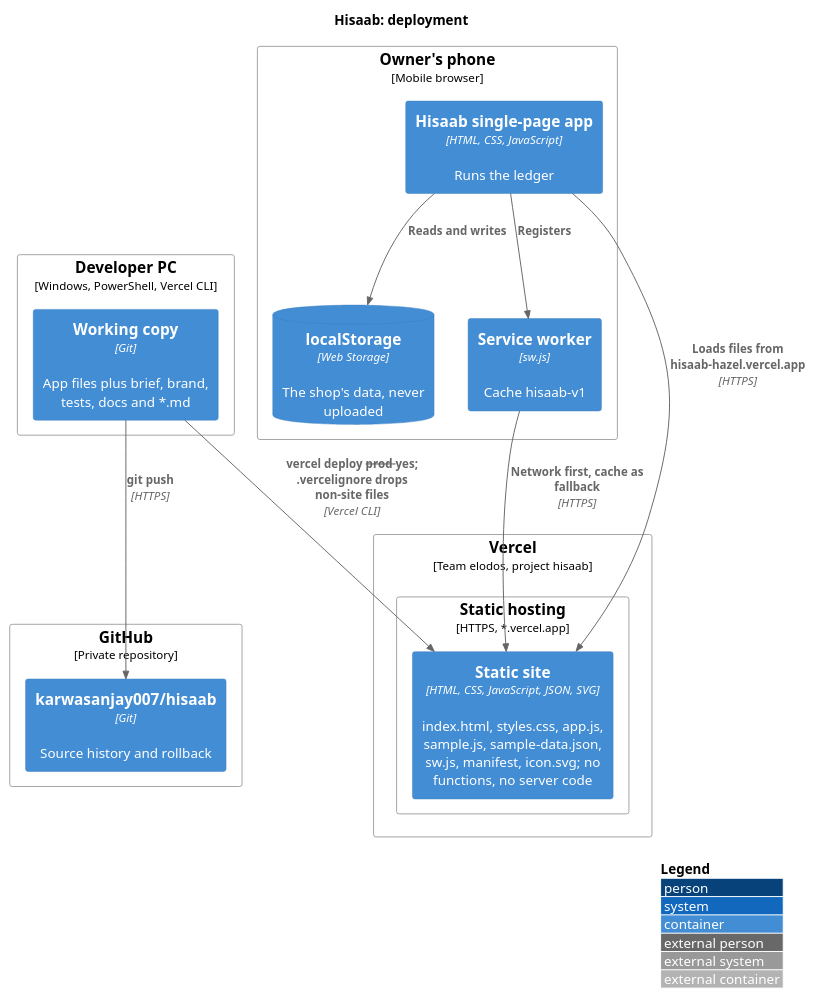
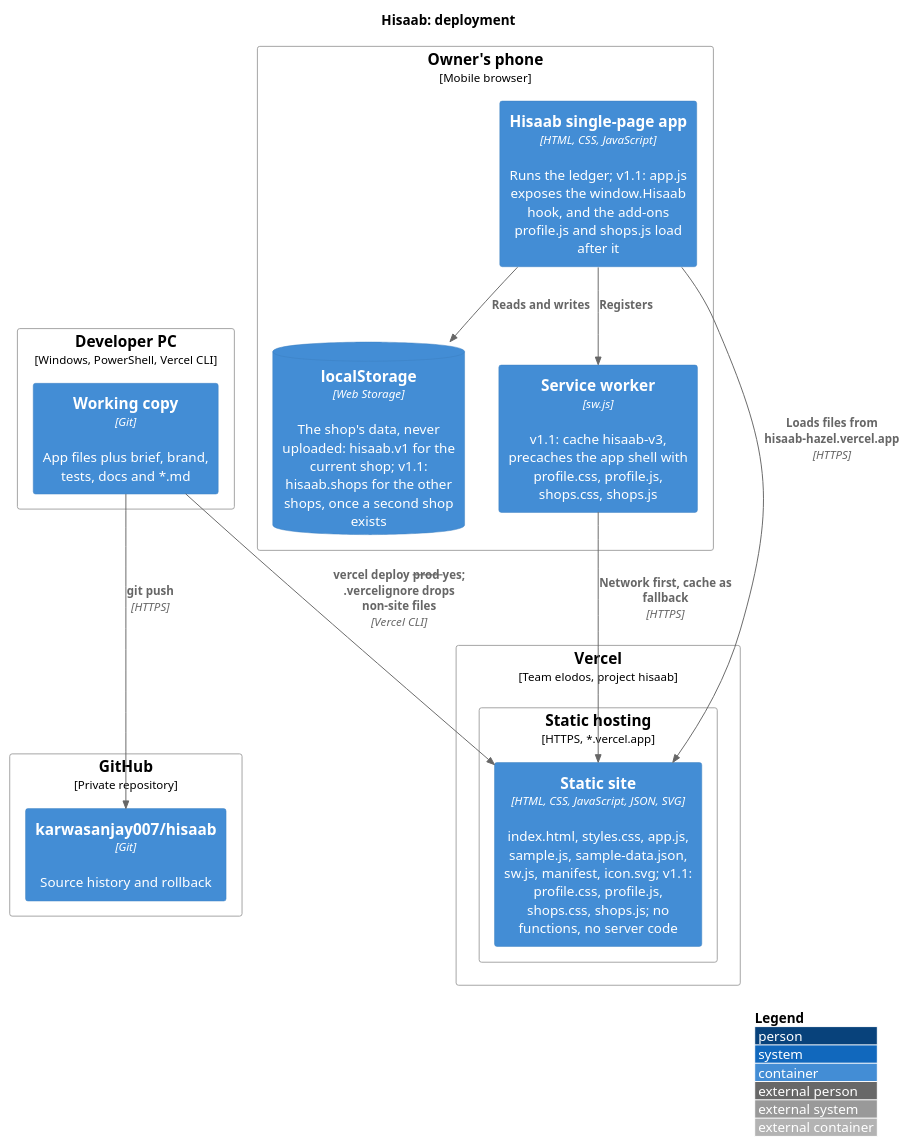
Before and after one commit to karwasanjay007/hisaab-docs: the diagram in docs/diagrams/deployment.puml, drawn with PlantUML. The commit also changed 5 other files, not shown here.

First line of the commit message:
Diagrams for version 1.1.0.0: container, component and deployment show the add-ons, the hook and the second storage key

```diff
--- a/docs/diagrams/deployment.puml
+++ b/docs/diagrams/deployment.puml
@@ -1,30 +1,30 @@
 @startuml deployment
 !include <C4/C4_Deployment>
 title Hisaab: deployment
 
 Deployment_Node(dev, "Developer PC", "Windows, PowerShell, Vercel CLI") {
   Container(src, "Working copy", "Git", "App files plus brief, brand, tests, docs and *.md")
 }
 Deployment_Node(gh, "GitHub", "Private repository") {
   Container(repo, "karwasanjay007/hisaab", "Git", "Source history and rollback")
 }
 Deployment_Node(vc, "Vercel", "Team elodos, project hisaab") {
   Deployment_Node(edge, "Static hosting", "HTTPS, *.vercel.app") {
-    Container(site, "Static site", "HTML, CSS, JavaScript, JSON, SVG", "index.html, styles.css, app.js, sample.js, sample-data.json, sw.js, manifest, icon.svg; no functions, no server code")
+    Container(site, "Static site", "HTML, CSS, JavaScript, JSON, SVG", "index.html, styles.css, app.js, sample.js, sample-data.json, sw.js, manifest, icon.svg; v1.1: profile.css, profile.js, shops.css, shops.js; no functions, no server code")
   }
 }
 Deployment_Node(phone, "Owner's phone", "Mobile browser") {
-  Container(app, "Hisaab single-page app", "HTML, CSS, JavaScript", "Runs the ledger")
-  ContainerDb(store, "localStorage", "Web Storage", "The shop's data, never uploaded")
-  Container(swk, "Service worker", "sw.js", "Cache hisaab-v1")
+  Container(app, "Hisaab single-page app", "HTML, CSS, JavaScript", "Runs the ledger; v1.1: app.js exposes the window.Hisaab hook, and the add-ons profile.js and shops.js load after it")
+  ContainerDb(store, "localStorage", "Web Storage", "The shop's data, never uploaded: hisaab.v1 for the current shop; v1.1: hisaab.shops for the other shops, once a second shop exists")
+  Container(swk, "Service worker", "sw.js", "v1.1: cache hisaab-v3, precaches the app shell with profile.css, profile.js, shops.css, shops.js")
 }
 
 Rel(src, repo, "git push", "HTTPS")
 Rel(src, site, "vercel deploy --prod --yes; .vercelignore drops non-site files", "Vercel CLI")
 Rel(app, site, "Loads files from hisaab-hazel.vercel.app", "HTTPS")
 Rel(app, store, "Reads and writes")
 Rel(app, swk, "Registers")
 Rel(swk, site, "Network first, cache as fallback", "HTTPS")
 
 LAYOUT_WITH_LEGEND()
 @enduml
```
